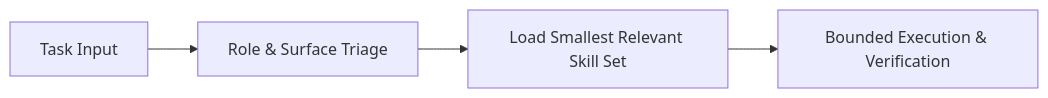
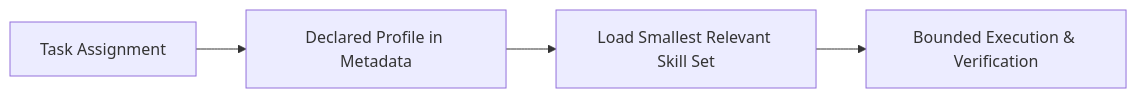
Before and after one commit to Essxm01/KONFRM: the second of 2 diagrams in docs/agents/KONFRM_AGENT_SKILLS_GOVERNANCE_V1.md, drawn with Mermaid. The commit also changed other lines of this file and 3 other files, not shown here.

````diff
--- a/docs/agents/KONFRM_AGENT_SKILLS_GOVERNANCE_V1.md
+++ b/docs/agents/KONFRM_AGENT_SKILLS_GOVERNANCE_V1.md
@@ -187,6 +199,6 @@
 ```mermaid
 flowchart LR
-    Task[Task Input] --> Classify[Role & Surface Triage]
-    Classify --> Filter[Load Smallest Relevant Skill Set]
+    Task[Task Assignment] --> Profile[Declared Profile in Metadata]
+    Profile --> Filter[Load Smallest Relevant Skill Set]
     Filter --> Exec[Bounded Execution & Verification]
 ```
````
